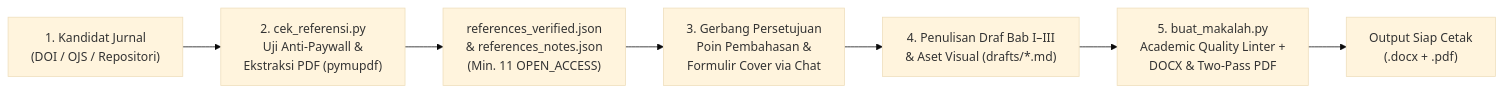
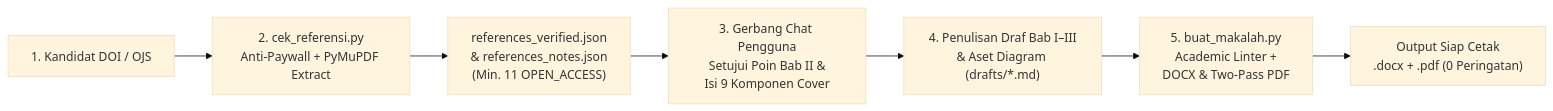
Before and after one commit to muhikram96798-cyber/Makalah-Generator: the diagram in README.md, drawn with Mermaid (base theme). The commit also changed other lines of this file and 2 other files, not shown here.

````diff
--- a/README.md
+++ b/README.md
@@ -45,9 +49,9 @@
 ```mermaid
 flowchart LR
-    A["1. Kandidat Jurnal<br/>(DOI / OJS / Repositori)"] --> B["2. cek_referensi.py<br/>Uji Anti-Paywall &<br/>Ekstraksi PDF (pymupdf)"]
+    A["1. Kandidat DOI / OJS"] --> B["2. cek_referensi.py<br/>Anti-Paywall + PyMuPDF Extract"]
     B --> C["references_verified.json<br/>& references_notes.json<br/>(Min. 11 OPEN_ACCESS)"]
-    C --> D["3. Gerbang Persetujuan<br/>Poin Pembahasan &<br/>Formulir Cover via Chat"]
-    D --> E["4. Penulisan Draf Bab I–III<br/>& Aset Visual (drafts/*.md)"]
-    E --> F["5. buat_makalah.py<br/>Academic Quality Linter +<br/>DOCX & Two-Pass PDF"]
-    F --> G["Output Siap Cetak<br/>(.docx + .pdf)"]
+    C --> D["3. Gerbang Chat Pengguna<br/>Setujui Poin Bab II &<br/>Isi 9 Komponen Cover"]
+    D --> E["4. Penulisan Draf Bab I–III<br/>& Aset Diagram (drafts/*.md)"]
+    E --> F["5. buat_makalah.py<br/>Academic Linter +<br/>DOCX & Two-Pass PDF"]
+    F --> G["Output Siap Cetak<br/>.docx + .pdf (0 Peringatan)"]
 ```
````
